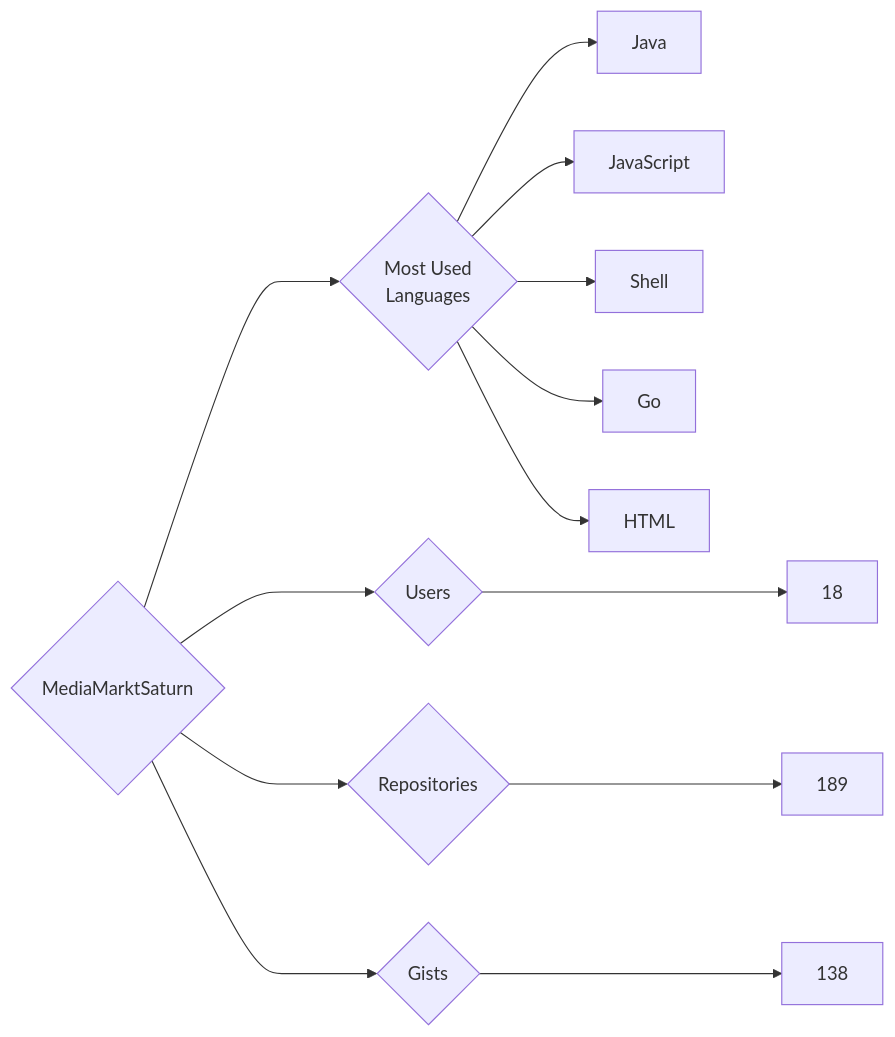
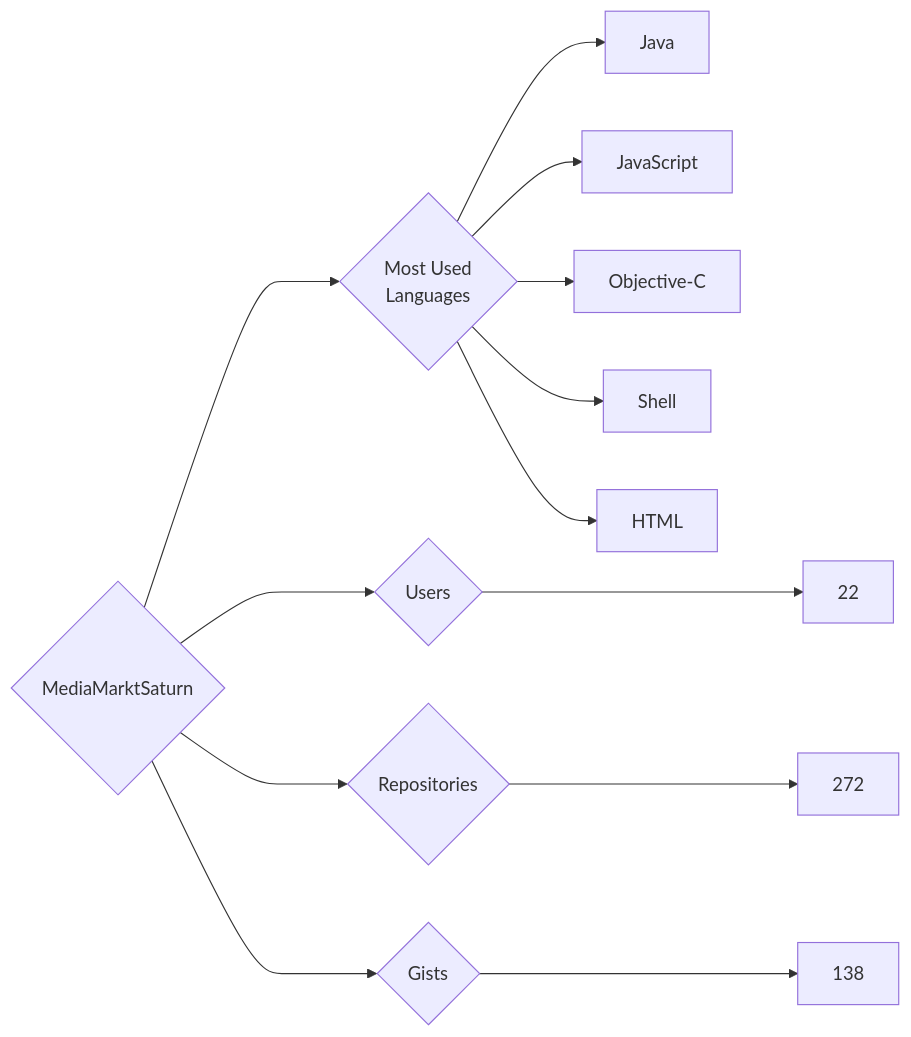
The diagram in targets/MediaMarktSaturn/README.md (trickest/insiders), drawn with Mermaid before and after one commit. The commit also changed 682 other files, not shown here.

````diff
--- a/targets/MediaMarktSaturn/README.md
+++ b/targets/MediaMarktSaturn/README.md
@@ -3,13 +3,13 @@
 ```mermaid
 graph LR
 COMPANY_NAME{MediaMarktSaturn}
-COMPANY_NAME ---> U{Users} ---> UN[18]
-COMPANY_NAME ---> R{Repositories} ---> RN[189]
+COMPANY_NAME ---> U{Users} ---> UN[22]
+COMPANY_NAME ---> R{Repositories} ---> RN[272]
 COMPANY_NAME ---> G{Gists} ---> GN[138]
 COMPANY_NAME ---> ML{Most Used<br>Languages}
 ML --> Java[Java]
 ML --> JavaScript[JavaScript]
+ML --> Objective-C[Objective-C]
 ML --> Shell[Shell]
-ML --> Go[Go]
 ML --> HTML[HTML]
 ```
````
